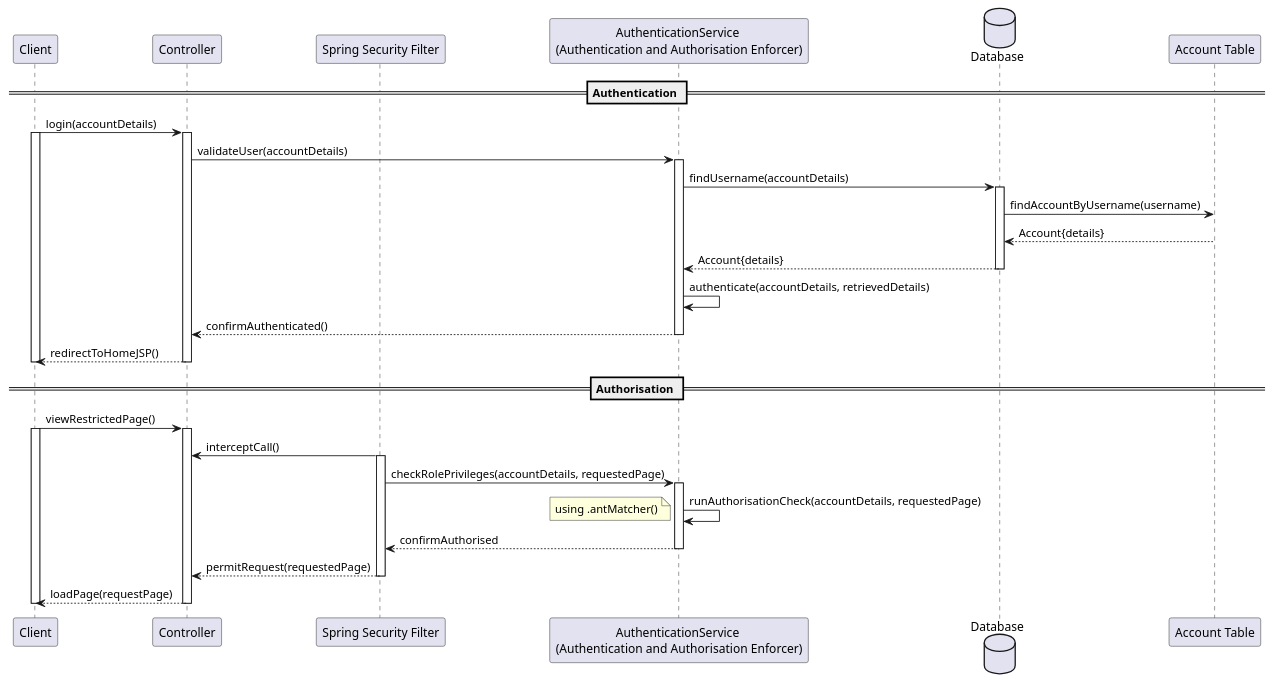
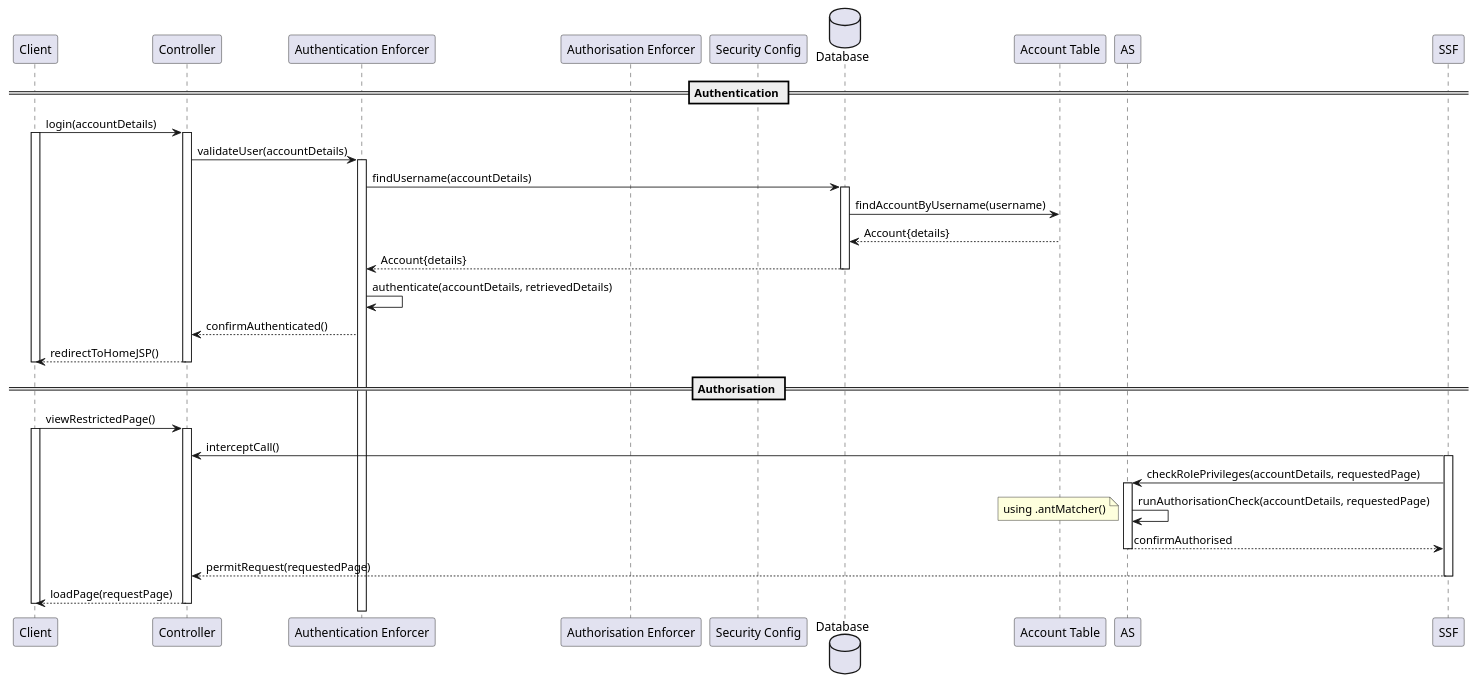
One commit to SWEN900072021/Covid19BookingSystem changed the diagram in docs/part2/AuthenticationAndAuthorisationSequenceDiagram.puml. Above: the diagram before and after it, drawn with PlantUML. The commit also changed 3 other files, not shown here.

Commit message:
More sequence digrams

```diff
--- a/docs/part2/AuthenticationAndAuthorisationSequenceDiagram.puml
+++ b/docs/part2/AuthenticationAndAuthorisationSequenceDiagram.puml
@@ -1,50 +1,51 @@
 @startuml
 'https://plantuml.com/sequence-diagram
 
 skinparam linetype polyline
 
 participant "Client" as Client
 participant "Controller" as Controller
-participant "Spring Security Filter" as SSF
-participant "AuthenticationService \n(Authentication and Authorisation Enforcer)" as AS
+participant "Authentication Enforcer" as AEE
+participant "Authorisation Enforcer" as AOE
+participant "Security Config" as SC
 database "Database" as DB
 participant "Account Table" as AT
 
 == Authentication ==
 Client -> Controller: login(accountDetails)
 Activate Client
 Activate Controller
-Controller -> AS: validateUser(accountDetails)
-Activate AS
-AS -> DB: findUsername(accountDetails)
+Controller -> AEE: validateUser(accountDetails)
+Activate AEE
+AEE -> DB: findUsername(accountDetails)
 Activate DB
 DB -> AT: findAccountByUsername(username)
 AT --> DB: Account{details}
-DB --> AS: Account{details}
+DB --> AEE: Account{details}
 Deactivate DB
-AS -> AS: authenticate(accountDetails, retrievedDetails)
-AS --> Controller: confirmAuthenticated()
+AEE -> AEE: authenticate(accountDetails, retrievedDetails)
+AEE --> Controller: confirmAuthenticated()
 Deactivate AS
 Controller --> Client: redirectToHomeJSP()
 Deactivate AS
 Deactivate Controller
 Deactivate Client
 
 == Authorisation ==
 Client -> Controller: viewRestrictedPage()
 Activate Client
 Activate Controller
 SSF -> Controller: interceptCall()
 Activate SSF
 SSF -> AS: checkRolePrivileges(accountDetails, requestedPage)
 Activate AS
 AS -> AS: runAuthorisationCheck(accountDetails, requestedPage)
 note left: using .antMatcher()
 AS --> SSF: confirmAuthorised
 Deactivate AS
 SSF --> Controller: permitRequest(requestedPage)
 Deactivate SSF
 Controller --> Client: loadPage(requestPage)
 Deactivate Controller
 Deactivate Client
 @enduml
```
